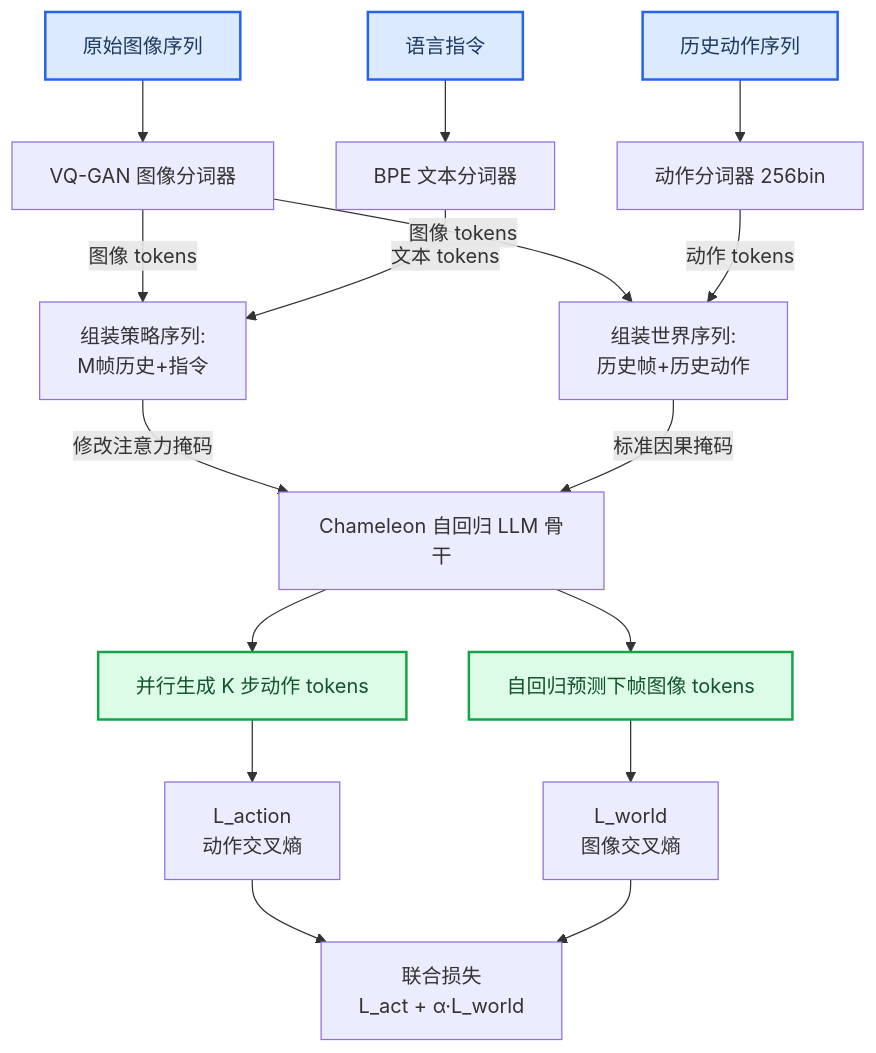
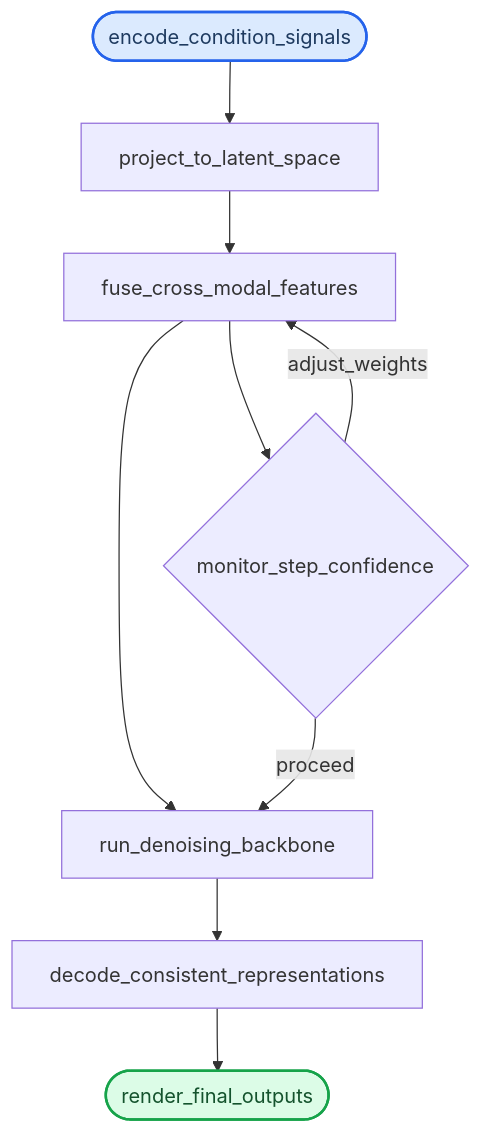
One commit to ShinewineW/paper-rolling changed the third of 10 diagrams in person_vault/2026-06-08_WorldVLA_2506.21539/report.md. Above: the diagram before and after it, drawn with Mermaid. The commit also changed other lines of this file and 300 other files, not shown here.

````diff
--- a/person_vault/2026-06-08_WorldVLA_2506.21539/report.md
+++ b/person_vault/2026-06-08_WorldVLA_2506.21539/report.md
@@ -111,28 +122,18 @@
 ```mermaid
 flowchart TB
-    raw_img["原始图像序列"] --> vqgan["VQ-GAN 图像分词器"]
-    raw_txt["语言指令"] --> bpe["BPE 文本分词器"]
-    raw_act["历史动作序列"] --> act_enc["动作分词器 256bin"]
+    start_node(["encode_condition_signals"]) --> project_to_latent_space
+    project_to_latent_space --> fuse_cross_modal_features
+    fuse_cross_modal_features --> run_denoising_backbone
+    run_denoising_backbone --> decode_consistent_representations
+    decode_consistent_representations --> end_node(["render_final_outputs"])
+    
+    fuse_cross_modal_features --> monitor_step_confidence{monitor_step_confidence}
+    monitor_step_confidence -->|adjust_weights| fuse_cross_modal_features
+    monitor_step_confidence -->|proceed| run_denoising_backbone
 
-    vqgan -->|图像 tokens| policy_seq["组装策略序列:<br/>M帧历史+指令"]
-    bpe -->|文本 tokens| policy_seq
-    vqgan -->|图像 tokens| world_seq["组装世界序列:<br/>历史帧+历史动作"]
-    act_enc -->|动作 tokens| world_seq
-
-    policy_seq -->|修改注意力掩码| llm["Chameleon 自回归 LLM 骨干"]
-    world_seq -->|标准因果掩码| llm
-
-    llm --> act_pred["并行生成 K 步动作 tokens"]
-    llm --> img_pred["自回归预测下帧图像 tokens"]
-
-    act_pred --> L_act["L_action<br/>动作交叉熵"]
-    img_pred --> L_world["L_world<br/>图像交叉熵"]
-    L_act --> joint["联合损失<br/>L_act + α·L_world"]
-    L_world --> joint
-
+    class start_node required
+    class end_node output
     classDef required fill:#dbeafe,stroke:#2563eb,stroke-width:2px,color:#1e3a5f
     classDef output fill:#dcfce7,stroke:#16a34a,stroke-width:2px,color:#14532d
     classDef optional fill:#fef9c3,stroke:#ca8a04,stroke-width:2px,color:#713f12
-    class raw_img,raw_txt,raw_act required
-    class act_pred,img_pred output
 ```
````
